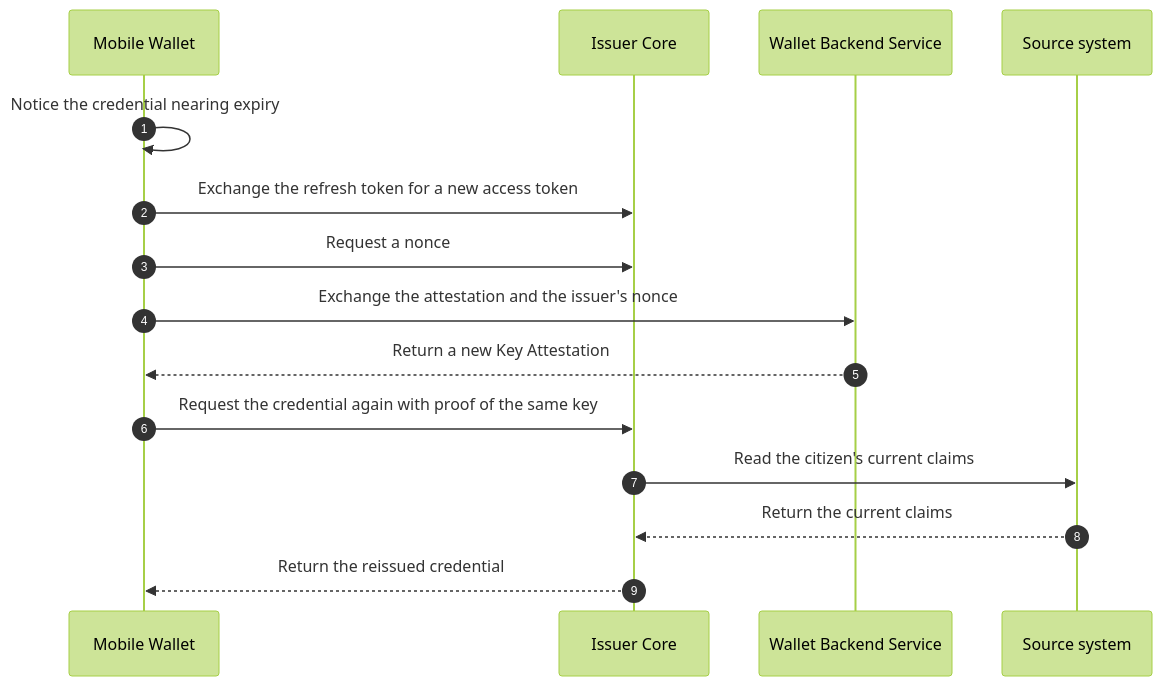
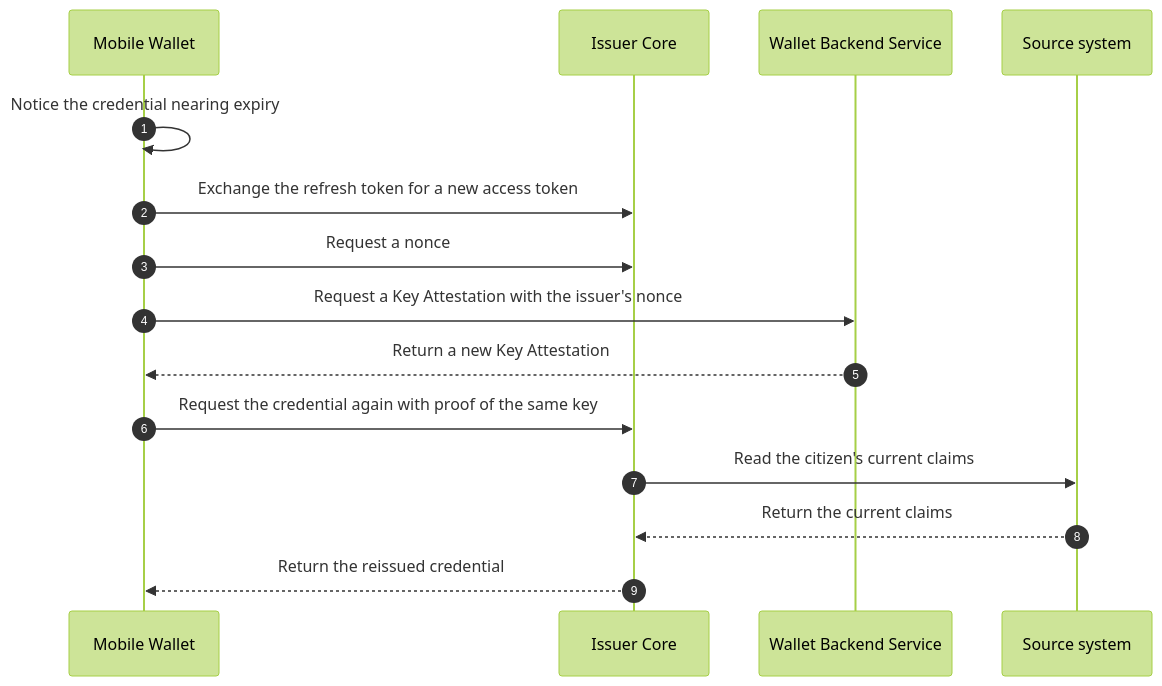
Before and after one commit to id-verifiable-credential-dev/id-doc-idctf: diagram 13 of 14 in docs/architecture-framework/high-level-architecture/flows-per-use-case.md, drawn with Mermaid (forest theme). The commit also changed other lines of this file and 89 other files, not shown here.

````diff
--- a/docs/architecture-framework/high-level-architecture/flows-per-use-case.md
+++ b/docs/architecture-framework/high-level-architecture/flows-per-use-case.md
@@ -1118,17 +1151,17 @@
 ```mermaid
 sequenceDiagram
     autonumber
     participant MW as Mobile Wallet
     participant IC as Issuer Core
     participant WBS as Wallet Backend Service
     participant SS as Source system
     MW->>MW: Notice the credential nearing expiry
     MW->>IC: Exchange the refresh token for a new access token
     MW->>IC: Request a nonce
-    MW->>WBS: Exchange the attestation and the issuer's nonce
+    MW->>WBS: Request a Key Attestation with the issuer's nonce
     WBS-->>MW: Return a new Key Attestation
     MW->>IC: Request the credential again with proof of the same key
     IC->>SS: Read the citizen's current claims
     SS-->>IC: Return the current claims
     IC-->>MW: Return the reissued credential
 ```
````
